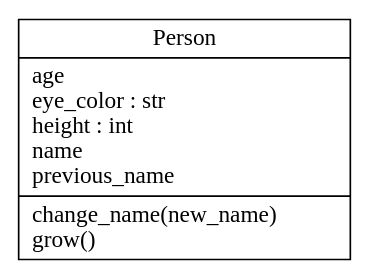
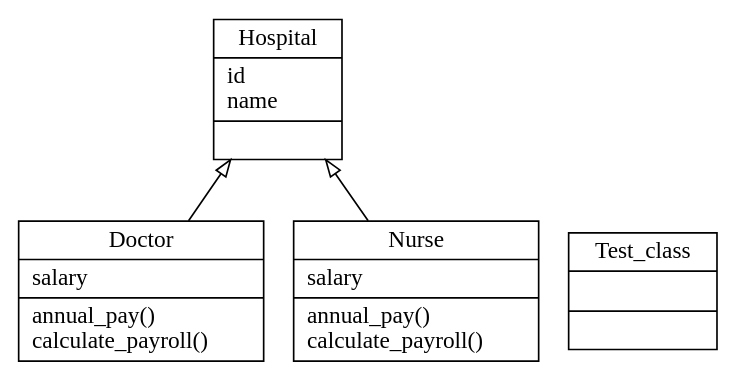
Before and after one commit to djv0049/DE321_assignment_2: the diagram in classes.dot, drawn with Graphviz. The commit also changed 6 other files, not shown here.

```diff
--- a/classes.dot
+++ b/classes.dot
@@ -1,5 +1,10 @@
 digraph "classes" {
 charset="utf-8"
 rankdir=BT
-"0" [label="{Person|age\leye_color : str\lheight : int\lname\lprevious_name\l|change_name(new_name)\lgrow()\l}", shape="record"];
+"0" [label="{Doctor|salary\l|annual_pay()\lcalculate_payroll()\l}", shape="record"];
+"1" [label="{Hospital|id\lname\l|}", shape="record"];
+"2" [label="{Nurse|salary\l|annual_pay()\lcalculate_payroll()\l}", shape="record"];
+"3" [label="{Test_class|\l|}", shape="record"];
+"0" -> "1" [arrowhead="empty", arrowtail="none"];
+"2" -> "1" [arrowhead="empty", arrowtail="none"];
 }
```
